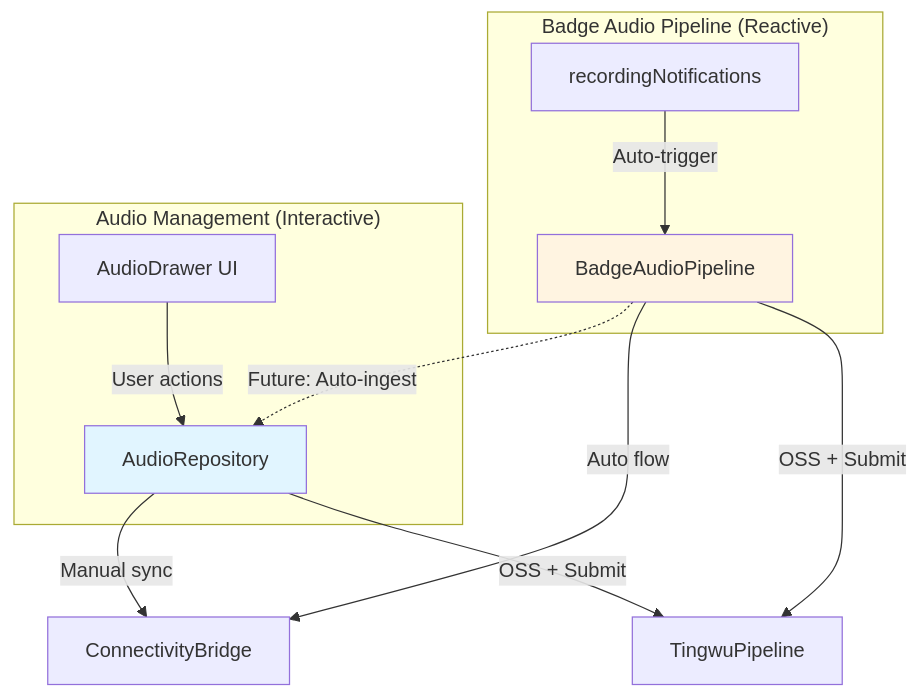
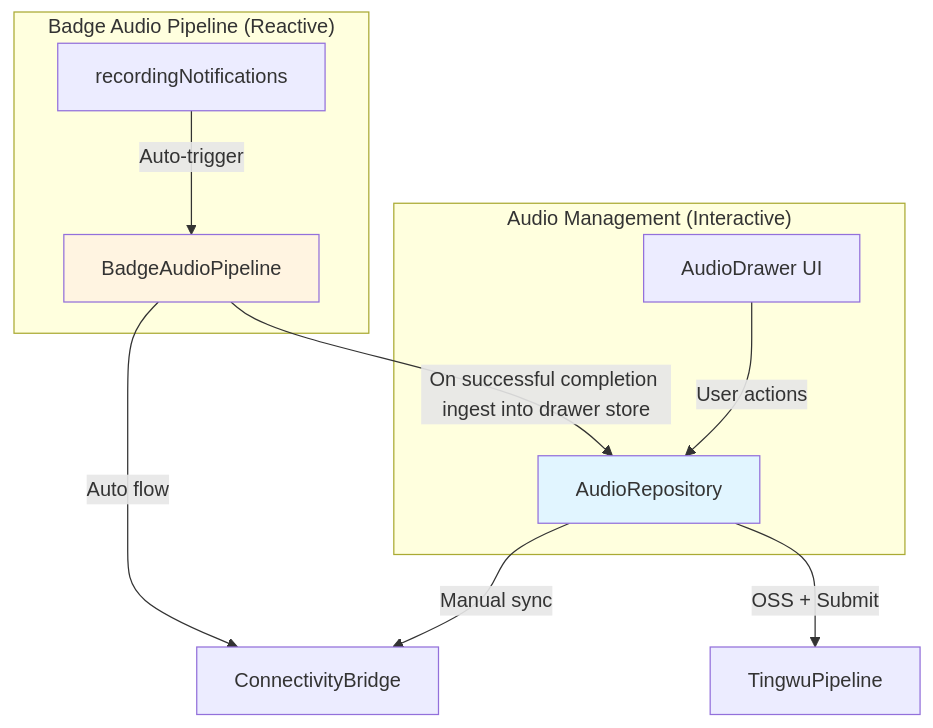
Before and after one commit to esir-nus/smart-sales-main: the diagram in docs/cerb/audio-management/spec.md, drawn with Mermaid. The commit also changed other lines of this file and 131 other files, not shown here.

````diff
--- a/docs/cerb/audio-management/spec.md
+++ b/docs/cerb/audio-management/spec.md
@@ -30,24 +35,23 @@
 ```mermaid
 graph TB
     subgraph "Audio Management (Interactive)"
         UI[AudioDrawer UI]
         Repo[AudioRepository]
         UI -->|User actions| Repo
     end
     
     subgraph "Badge Audio Pipeline (Reactive)"
         Pipeline[BadgeAudioPipeline]
         Events[recordingNotifications]
         Events -->|Auto-trigger| Pipeline
     end
     
     Repo -->|Manual sync| ConnBridge[ConnectivityBridge]
     Repo -->|OSS + Submit| Tingwu[TingwuPipeline]
     Pipeline -->|Auto flow| ConnBridge
-    Pipeline -->|OSS + Submit| Tingwu
-    
-    Pipeline -.->|Future: Auto-ingest| Repo
+
+    Pipeline -->|On successful completion ingest into drawer store| Repo
     
     style Repo fill:#e1f5ff
     style Pipeline fill:#fff4e1
 ```
````
